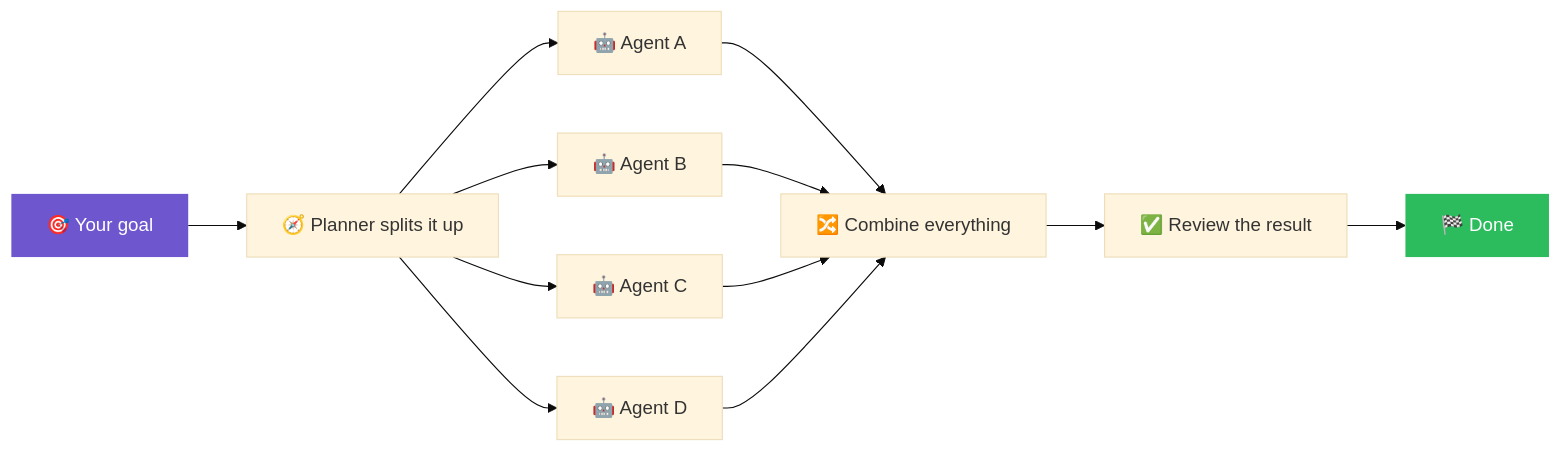
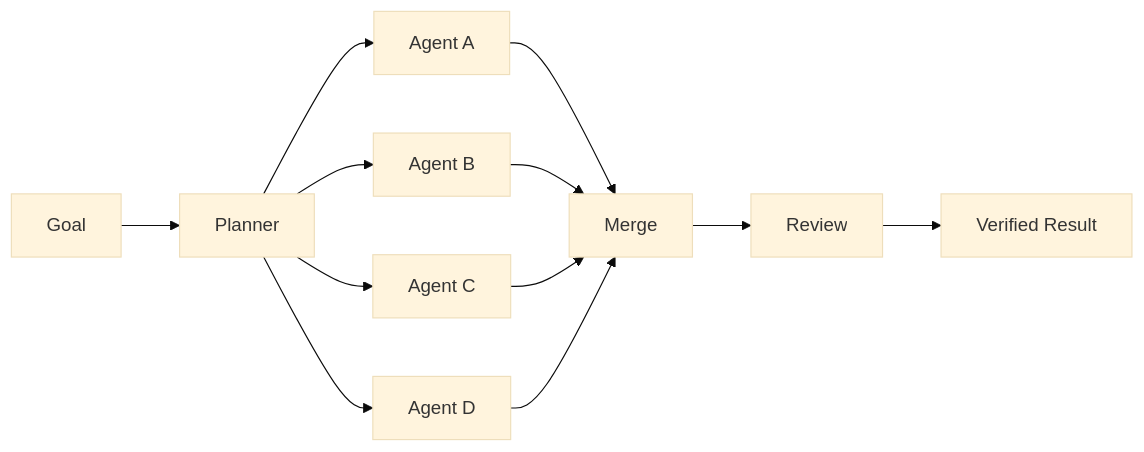
The third of 3 diagrams in README.md (dragonked2/alphacode), drawn with Mermaid (base theme) before and after one commit. The commit also changed other lines of this file and 10 other files, not shown here.

````diff
--- a/README.md
+++ b/README.md
@@ -565,17 +439,14 @@
 ```mermaid
 flowchart LR
-    G["🎯 Your goal"] --> P["🧭 Planner splits it up"]
-    P --> A["🤖 Agent A"]
-    P --> B["🤖 Agent B"]
-    P --> C["🤖 Agent C"]
-    P --> D["🤖 Agent D"]
-    A --> M["🔀 Combine everything"]
+    G["Goal"] --> P["Planner"]
+    P --> A["Agent A"]
+    P --> B["Agent B"]
+    P --> C["Agent C"]
+    P --> D["Agent D"]
+    A --> M["Merge"]
     B --> M
     C --> M
     D --> M
-    M --> R["✅ Review the result"]
-    R --> X["🏁 Done"]
-
-    style G fill:#6E56CF,color:#fff,stroke:none
-    style X fill:#2CBB5D,color:#fff,stroke:none
+    M --> R["Review"]
+    R --> X["Verified Result"]
 ```
````
